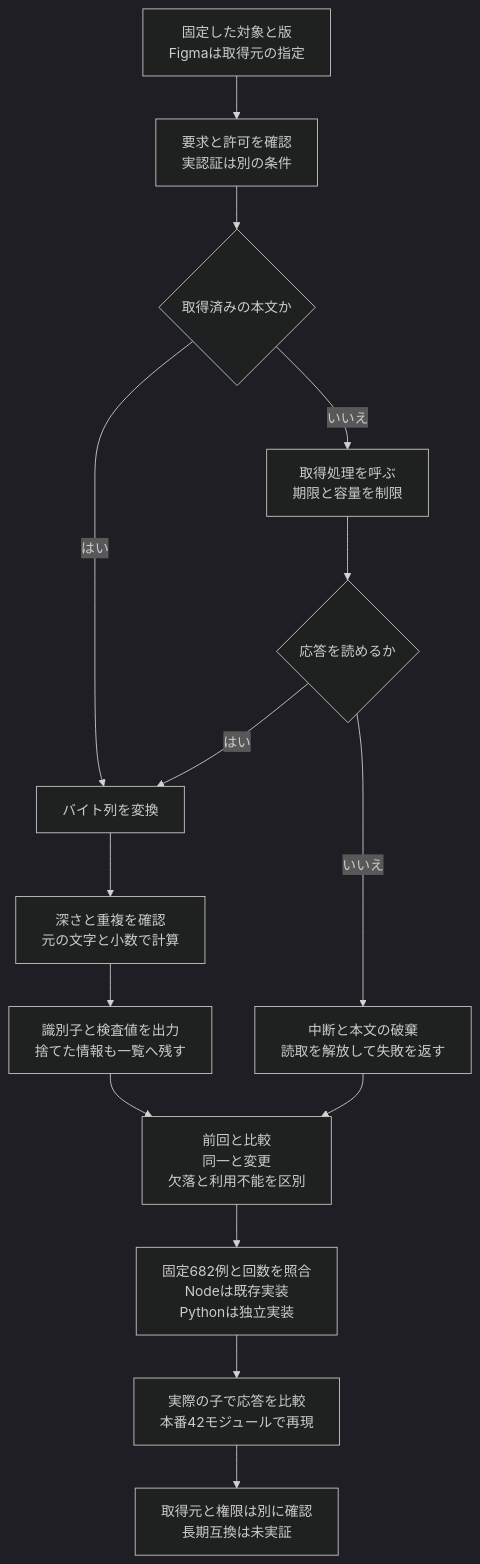
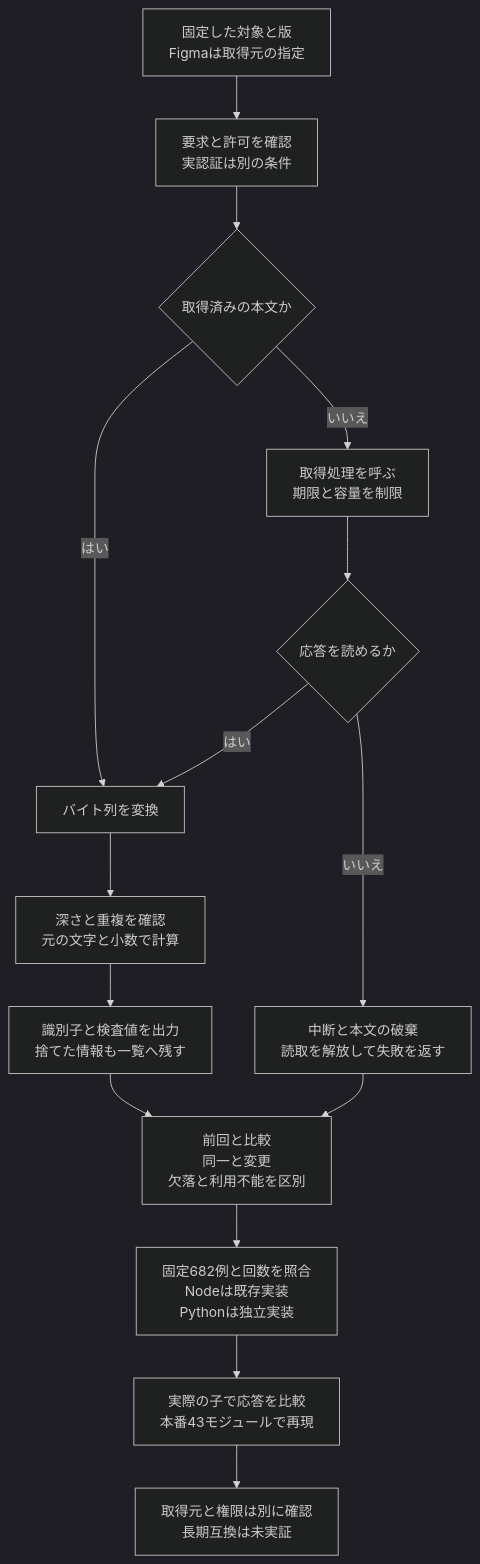
The diagram in docs/diagrams/python-figma-import.mmd (koukemo/morivyx), drawn with Mermaid (dark theme) before and after one commit. The commit also changed 31 other files, not shown here.

```diff
--- a/docs/diagrams/python-figma-import.mmd
+++ b/docs/diagrams/python-figma-import.mmd
@@ -1,15 +1,15 @@
 flowchart TD
   A[固定した対象と版<br/>Figmaは取得元の指定] --> B[要求と許可を確認<br/>実認証は別の条件]
   B --> C{取得済みの本文か}
   C -->|はい| D[バイト列を変換]
   C -->|いいえ| E[取得処理を呼ぶ<br/>期限と容量を制限]
   E --> F{応答を読めるか}
   F -->|いいえ| G[中断と本文の破棄<br/>読取を解放して失敗を返す]
   F -->|はい| D
   D --> H[深さと重複を確認<br/>元の文字と小数で計算]
   H --> I[識別子と検査値を出力<br/>捨てた情報も一覧へ残す]
   I --> J[前回と比較<br/>同一と変更<br/>欠落と利用不能を区別]
   G --> J
   J --> K[固定682例と回数を照合<br/>Nodeは既存実装<br/>Pythonは独立実装]
-  K --> L[実際の子で応答を比較<br/>本番42モジュールで再現]
+  K --> L[実際の子で応答を比較<br/>本番43モジュールで再現]
   L --> M[取得元と権限は別に確認<br/>長期互換は未実証]
```
